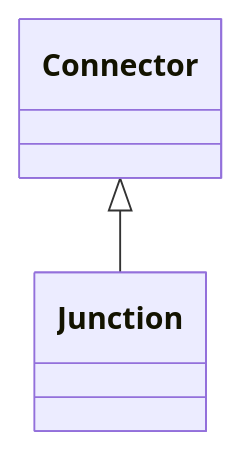
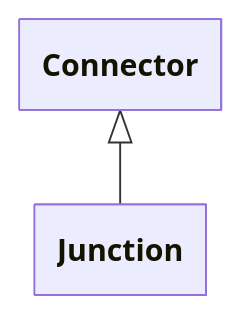
The diagram in pages/docs/Classes/Junction.md (cim-cgmes/cim-cgmes.github.io), drawn with Mermaid before and after one commit. The commit also changed 561 other files, not shown here.

````diff
--- a/pages/docs/Classes/Junction.md
+++ b/pages/docs/Classes/Junction.md
@@ -7,4 +7,10 @@
 ```mermaid
+---
+  config:
+    class:
+      hideEmptyMembersBox: true
+---
 classDiagram
     Connector <|-- Junction
+    click Connector href "Connector"
 ```
````
